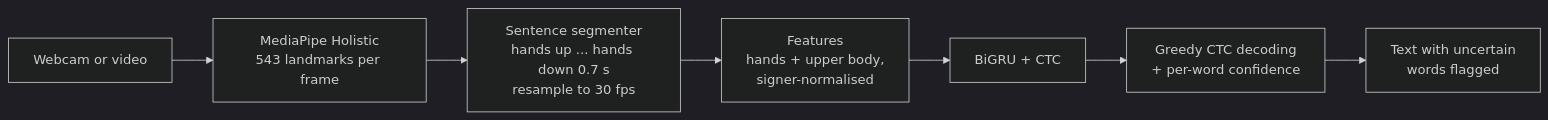
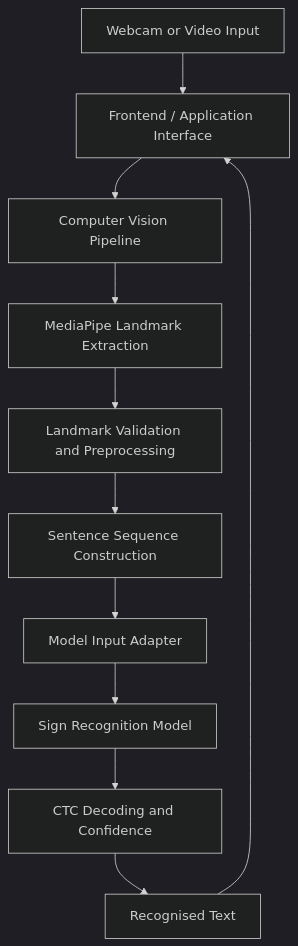
The diagram in README.md (Adithya-devcoder/TechNova_Hackathon), drawn with Mermaid (dark theme) before and after one commit. The commit also changed other lines of this file, not shown here.

````diff
--- a/README.md
+++ b/README.md
@@ -71,9 +100,13 @@
 ```mermaid
-flowchart LR
-    A[Webcam or video] --> B[MediaPipe Holistic<br/>543 landmarks per frame]
-    B --> C[Sentence segmenter<br/>hands up ... hands down 0.7 s<br/>resample to 30 fps]
-    C --> D[Features<br/>hands + upper body,<br/>signer-normalised]
-    D --> E[BiGRU + CTC]
-    E --> F[Greedy CTC decoding<br/>+ per-word confidence]
-    F --> G[Text with uncertain<br/>words flagged]
+flowchart TD
+    A[Webcam or Video Input] --> B[Frontend / Application Interface]
+    B --> C[Computer Vision Pipeline]
+    C --> D[MediaPipe Landmark Extraction]
+    D --> E[Landmark Validation and Preprocessing]
+    E --> F[Sentence Sequence Construction]
+    F --> G[Model Input Adapter]
+    G --> H[Sign Recognition Model]
+    H --> I[CTC Decoding and Confidence]
+    I --> J[Recognised Text]
+    J --> B
 ```
````
